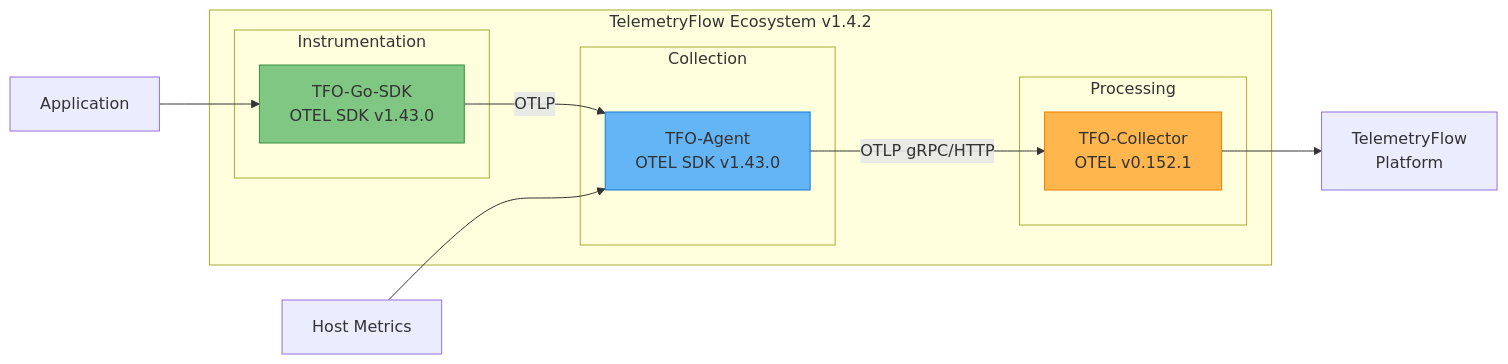
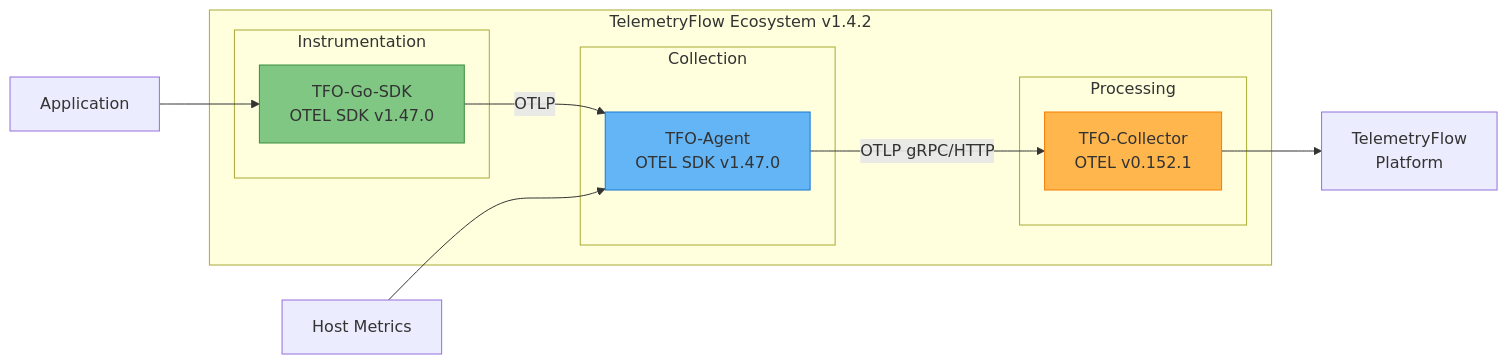
One commit to telemetryflow/telemetryflow-agent changed the diagram in README.md. Above: the diagram before and after it, drawn with Mermaid. The commit also changed other lines of this file and 1 other file, not shown here.

````diff
--- a/README.md
+++ b/README.md
@@ -34,26 +34,26 @@
 ```mermaid
 graph LR
     subgraph "TelemetryFlow Ecosystem v1.4.2"
         subgraph "Instrumentation"
-            SDK[TFO-Go-SDK<br/>OTEL SDK v1.43.0]
+            SDK[TFO-Go-SDK<br/>OTEL SDK v1.47.0]
         end
 
         subgraph "Collection"
-            AGENT[TFO-Agent<br/>OTEL SDK v1.43.0]
+            AGENT[TFO-Agent<br/>OTEL SDK v1.47.0]
         end
 
         subgraph "Processing"
             COLLECTOR[TFO-Collector<br/>OTEL v0.152.1]
         end
     end
 
     APP[Application] --> SDK
     SDK -->|OTLP| AGENT
     HOST[Host Metrics] --> AGENT
     AGENT -->|OTLP gRPC/HTTP| COLLECTOR
     COLLECTOR --> BACKEND[TelemetryFlow<br/>Platform]
 
     style SDK fill:#81C784,stroke:#388E3C
     style AGENT fill:#64B5F6,stroke:#1976D2
     style COLLECTOR fill:#FFB74D,stroke:#F57C00
 ```
````
